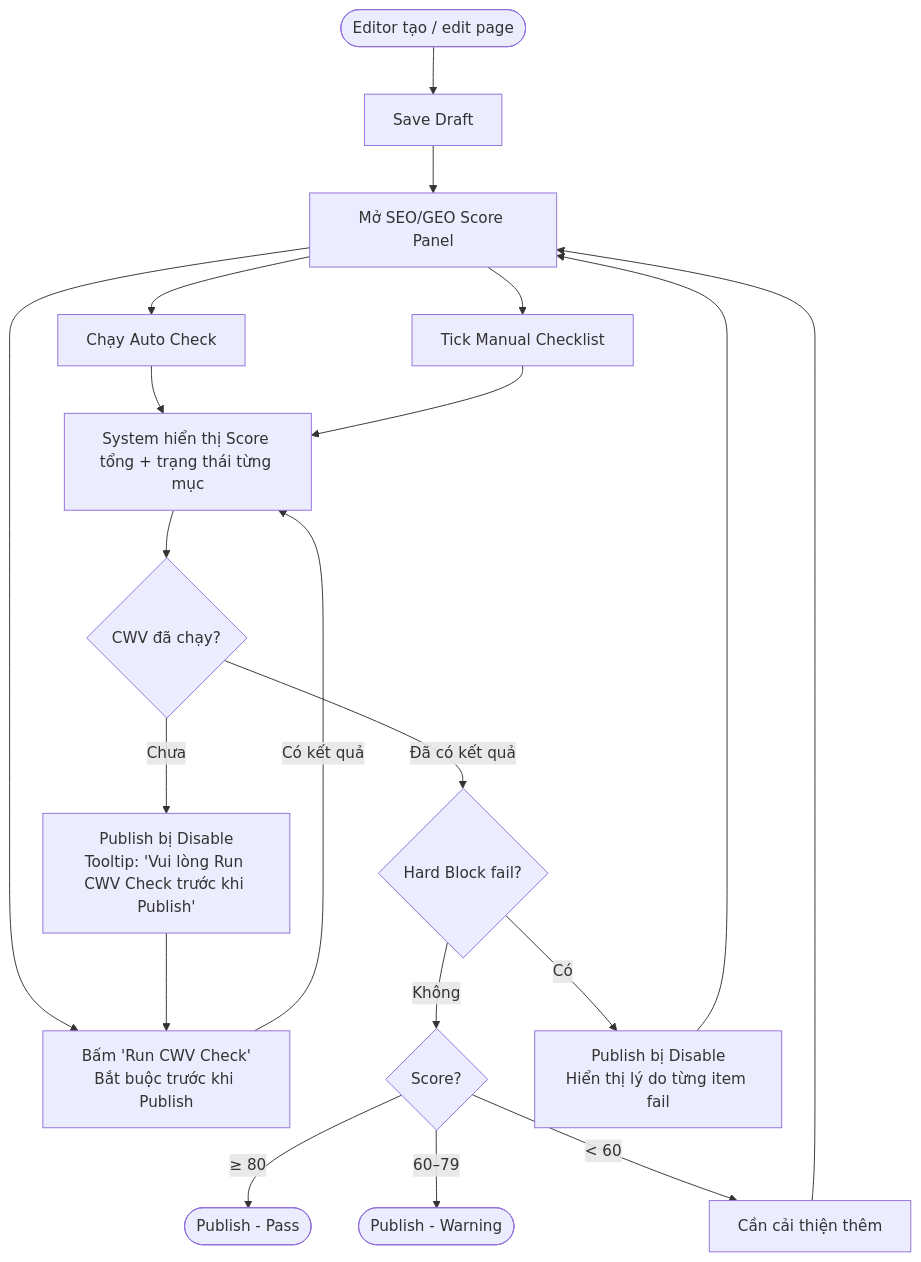
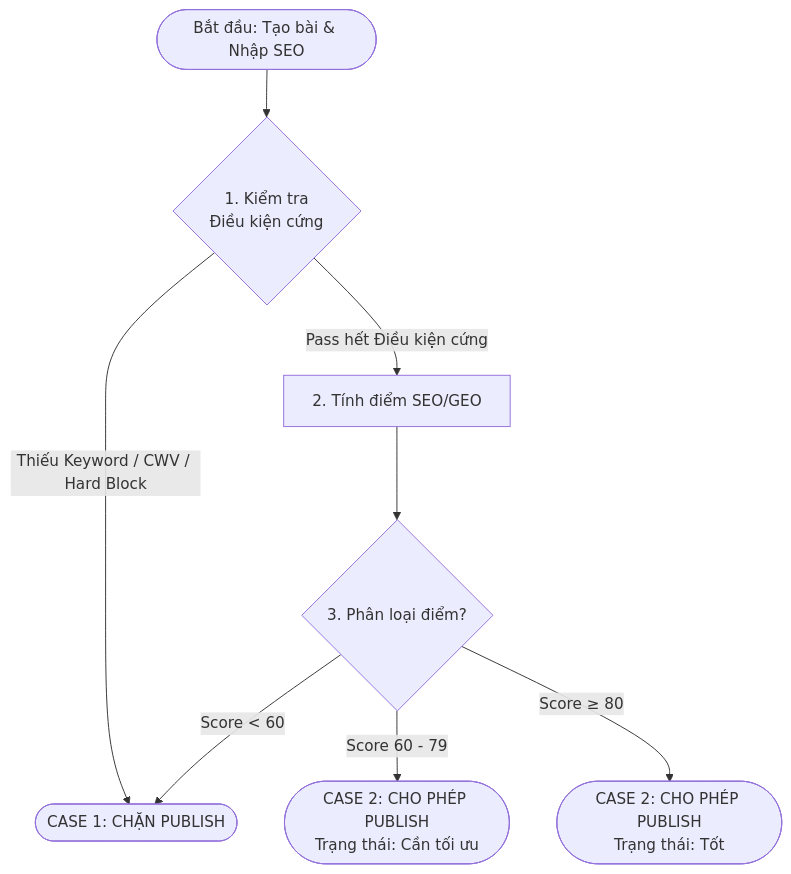
Before and after one commit to vanhien26/hienho-knowledgebase: the diagram in 04_Execution_Use_Cases/MoSpark/mospark-seo-geo-score-brd.md, drawn with Mermaid. The commit also changed other lines of this file and 7 other files, not shown here.

````diff
--- a/04_Execution_Use_Cases/MoSpark/mospark-seo-geo-score-brd.md
+++ b/04_Execution_Use_Cases/MoSpark/mospark-seo-geo-score-brd.md
@@ -67,28 +67,16 @@
 ```mermaid
 flowchart TD
-    A([Editor tạo / edit page]) --> B[Save Draft]
-    B --> C[Mở SEO/GEO Score Panel]
-
-    C --> D[Chạy Auto Check]
-    C --> E[Tick Manual Checklist]
-    C --> F[Bấm 'Run CWV Check'\nBắt buộc trước khi Publish]
-
-    D & E --> G
-    F -- Có kết quả --> G
-
-    G[System hiển thị Score tổng + trạng thái từng mục] --> H{CWV đã chạy?}
-
-    H -- Chưa --> Z[Publish bị Disable\nTooltip: 'Vui lòng Run CWV Check trước khi Publish']
-    Z --> F
-
-    H -- Đã có kết quả --> I{Hard Block fail?}
-
-    I -- Không --> J{Score?}
-    I -- Có --> K[Publish bị Disable\nHiển thị lý do từng item fail]
-    K --> C
-
-    J -- ≥ 80 --> L([Publish - Pass])
-    J -- 60–79 --> M([Publish - Warning])
-    J -- < 60 --> N[Cần cải thiện thêm]
-    N --> C
+    A([Bắt đầu: Tạo bài & Nhập SEO]) --> B{1. Kiểm tra\nĐiều kiện cứng}
+    
+    B -- "Thiếu Keyword / CWV / Hard Block" --> B1([CASE 1: CHẶN PUBLISH])
+    
+    B -- "Pass hết Điều kiện cứng" --> C[2. Tính điểm SEO/GEO]
+    
+    C --> D{3. Phân loại điểm?}
+    
+    D -- "Score < 60" --> B1
+    
+    D -- "Score 60 - 79" --> D1([CASE 2: CHO PHÉP PUBLISH\nTrạng thái: Cần tối ưu])
+    
+    D -- "Score ≥ 80" --> D2([CASE 2: CHO PHÉP PUBLISH\nTrạng thái: Tốt])
 ```
````
